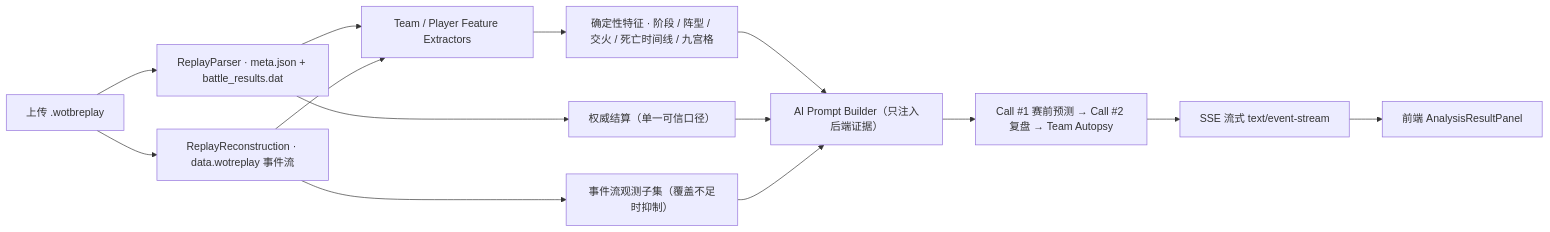
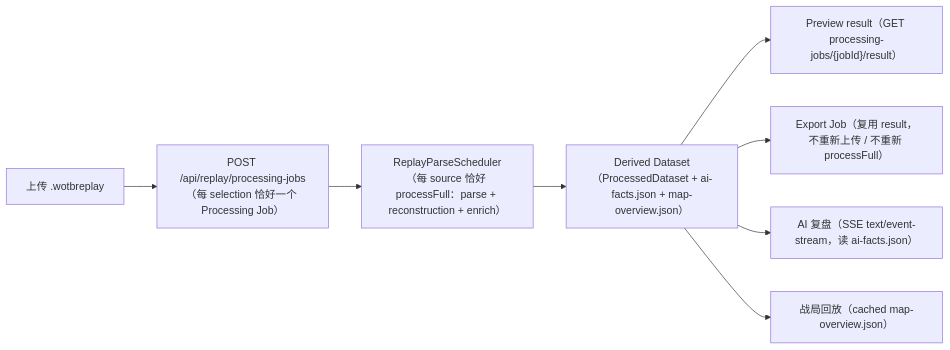
Before and after one commit to A158Coke/WotbTools: the diagram in README.md, drawn with Mermaid. The commit also changed other lines of this file and 17 other files, not shown here.

First line of the commit message:
refactor(replay): PR#164 最终收口——Dataset-only 单一权威与死代码/文档同步

````diff
--- a/README.md
+++ b/README.md
@@ -17,16 +17,10 @@
 ```mermaid
 flowchart LR
-    A["上传 .wotbreplay"] --> B["ReplayParser · meta.json + battle_results.dat"]
-    A --> C["ReplayReconstruction · data.wotreplay 事件流"]
-    B --> D["Team / Player Feature Extractors"]
-    C --> D
-    D --> E["确定性特征 · 阶段 / 阵型 / 交火 / 死亡时间线 / 九宫格"]
-    B --> F["权威结算（单一可信口径）"]
-    C --> G["事件流观测子集（覆盖不足时抑制）"]
-    E --> H["AI Prompt Builder（只注入后端证据）"]
-    F --> H
-    G --> H
-    H --> I["Call #1 赛前预测 → Call #2 复盘 → Team Autopsy"]
-    I --> J["SSE 流式 text/event-stream"]
-    J --> K["前端 AnalysisResultPanel"]
+    A["上传 .wotbreplay"] --> B["POST /api/replay/processing-jobs（每 selection 恰好一个 Processing Job）"]
+    B --> C["ReplayParseScheduler（每 source 恰好 processFull：parse + reconstruction + enrich）"]
+    C --> D["Derived Dataset（ProcessedDataset + ai-facts.json + map-overview.json）"]
+    D --> E["Preview result（GET processing-jobs/{jobId}/result）"]
+    D --> F["Export Job（复用 result，不重新上传 / 不重新 processFull）"]
+    D --> G["AI 复盘（SSE text/event-stream，读 ai-facts.json）"]
+    D --> H["战局回放（cached map-overview.json）"]
 ```
````
